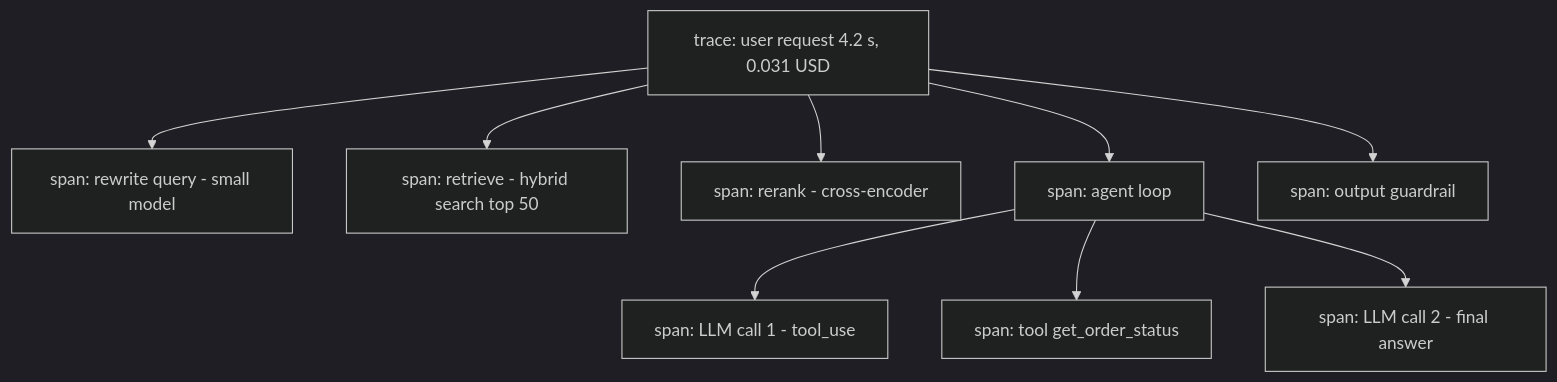
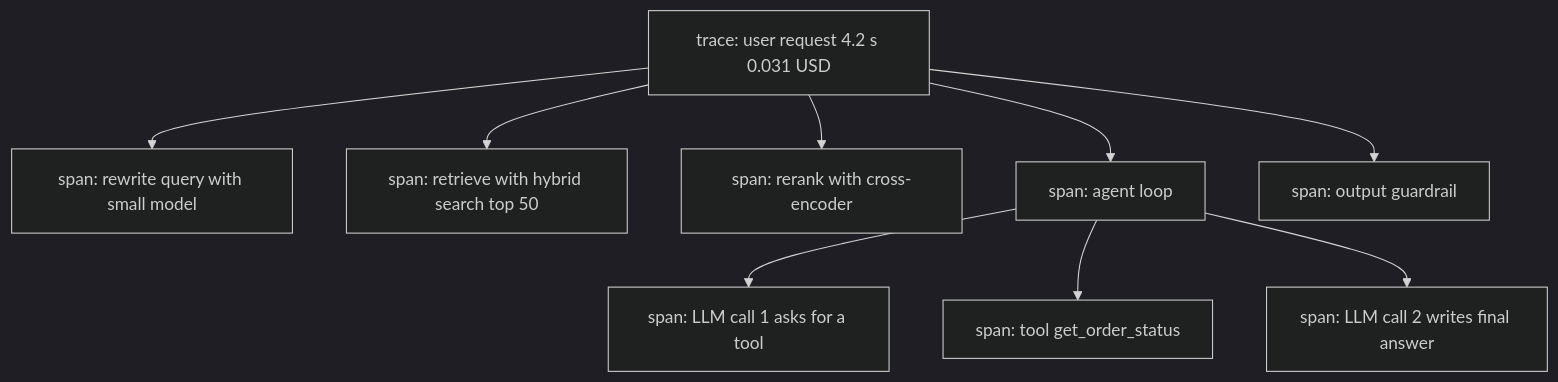
The first of 2 diagrams in docs/data/lessons/llm-practice/26-observability-cost.md (alvinnew100/grand-line-study-guide), drawn with Mermaid (dark theme) before and after one commit. The commit also changed other lines of this file and 54 other files, not shown here.

First line of the commit message:
Rewrite LLM Practice lessons for complete beginners

````diff
--- a/docs/data/lessons/llm-practice/26-observability-cost.md
+++ b/docs/data/lessons/llm-practice/26-observability-cost.md
@@ -16,11 +50,11 @@
 ```mermaid
 flowchart TB
-  R[trace: user request 4.2 s, 0.031 USD] --> A[span: rewrite query - small model]
-  R --> B[span: retrieve - hybrid search top 50]
-  R --> C[span: rerank - cross-encoder]
+  R[trace: user request 4.2 s 0.031 USD] --> A[span: rewrite query with small model]
+  R --> B[span: retrieve with hybrid search top 50]
+  R --> C[span: rerank with cross-encoder]
   R --> D[span: agent loop]
-  D --> D1[span: LLM call 1 - tool_use]
+  D --> D1[span: LLM call 1 asks for a tool]
   D --> D2[span: tool get_order_status]
-  D --> D3[span: LLM call 2 - final answer]
+  D --> D3[span: LLM call 2 writes final answer]
   R --> E[span: output guardrail]
 ```
````
